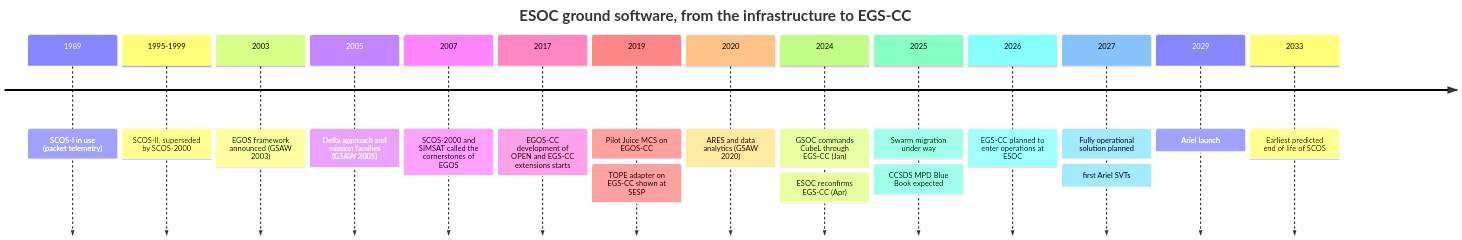
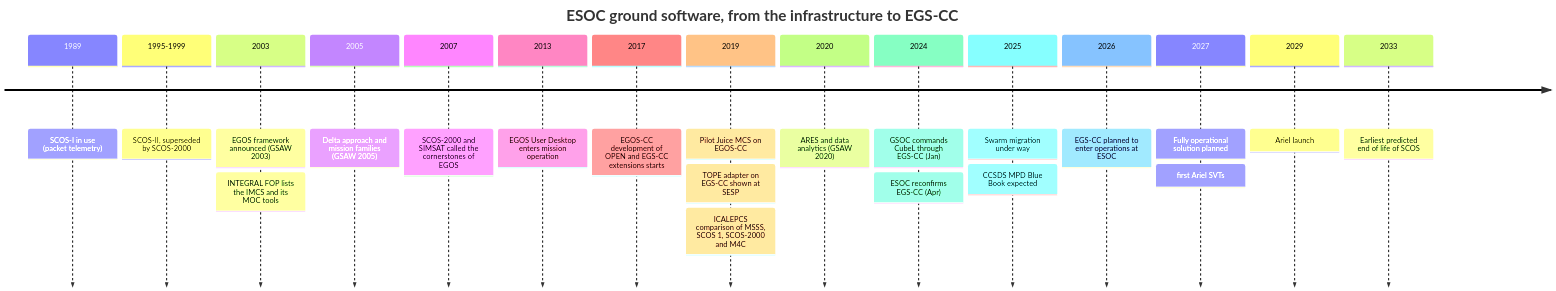
One commit to feiteira/OPEN-SPACE-INFO changed the first of 6 diagrams in docs/scos2000/ancillary-and-egs-cc.md. Above: the diagram before and after it, drawn with Mermaid. The commit also changed other lines of this file and 1311 other files, not shown here.

````diff
--- a/docs/scos2000/ancillary-and-egs-cc.md
+++ b/docs/scos2000/ancillary-and-egs-cc.md
@@ -41,18 +48,19 @@
 ```mermaid
 timeline
     title ESOC ground software, from the infrastructure to EGS-CC
     1989 : SCOS-I in use (packet telemetry)
     1995-1999 : SCOS-II, superseded by SCOS-2000
-    2003 : EGOS framework announced (GSAW 2003)
+    2003 : EGOS framework announced (GSAW 2003) : INTEGRAL FOP lists the IMCS and its MOC tools
     2005 : Delta approach and mission families (GSAW 2005)
     2007 : SCOS-2000 and SIMSAT called the cornerstones of EGOS
+    2013 : EGOS User Desktop enters mission operation
     2017 : EGOS-CC development of OPEN and EGS-CC extensions starts
-    2019 : Pilot Juice MCS on EGOS-CC : TOPE adapter on EGS-CC shown at SESP
+    2019 : Pilot Juice MCS on EGOS-CC : TOPE adapter on EGS-CC shown at SESP : ICALEPCS comparison of MSSS, SCOS 1, SCOS-2000 and M4C
     2020 : ARES and data analytics (GSAW 2020)
     2024 : GSOC commands CubeL through EGS-CC (Jan) : ESOC reconfirms EGS-CC (Apr)
     2025 : Swarm migration under way : CCSDS MPD Blue Book expected
     2026 : EGS-CC planned to enter operations at ESOC
     2027 : Fully operational solution planned : first Ariel SVTs
     2029 : Ariel launch
     2033 : Earliest predicted end of life of SCOS
 ```
````
